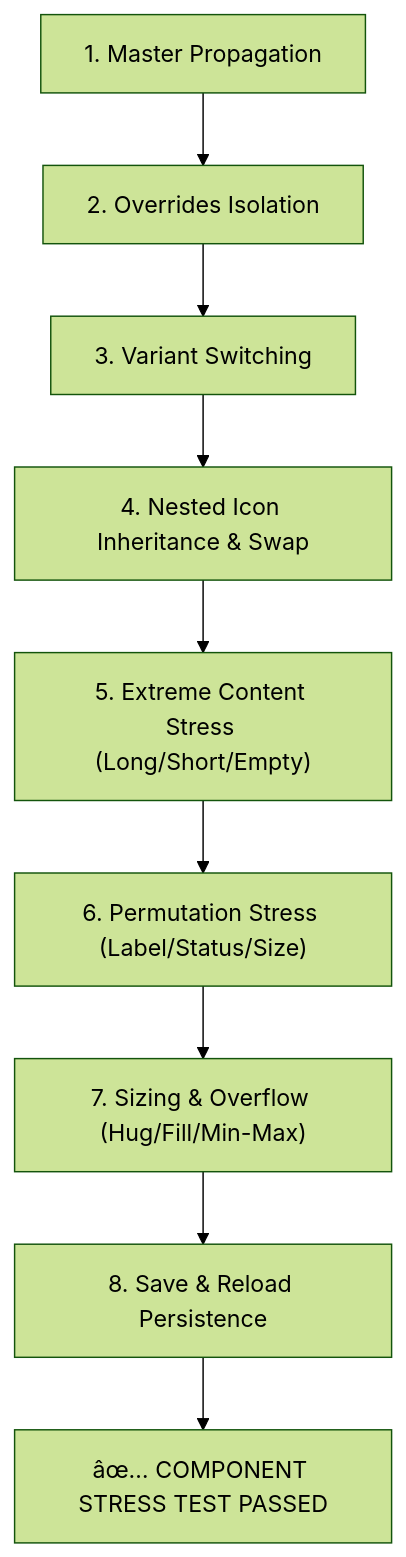
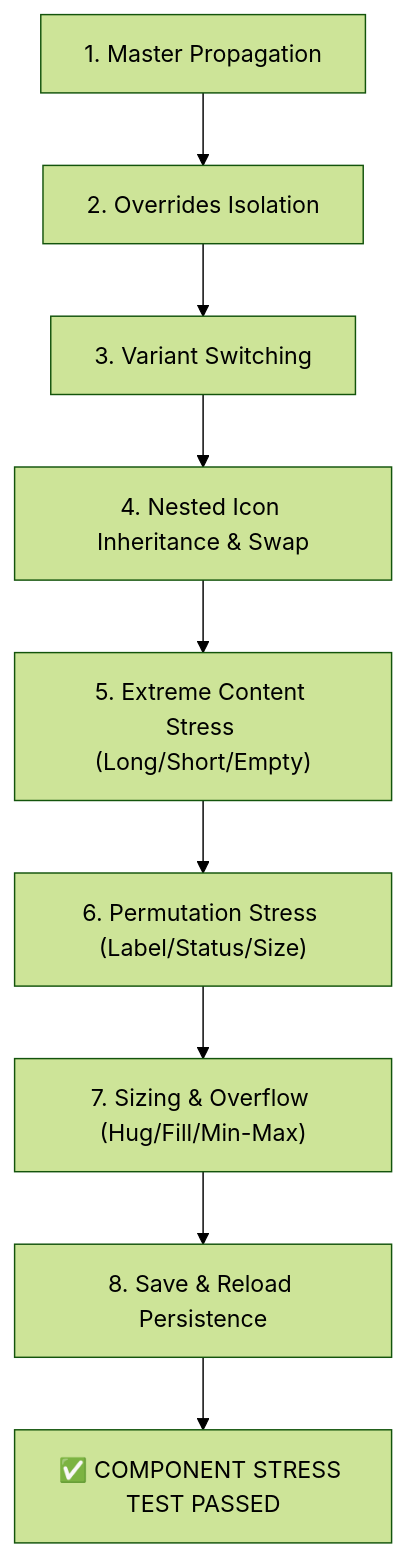
Before and after one commit to alfitocp27/design-orchestrator: the second of 2 diagrams in .agents/skills/design-orchestrator/references/component-architecture.md, drawn with Mermaid (forest theme). The commit also changed other lines of this file and 78 other files, not shown here.

````diff
--- a/.agents/skills/design-orchestrator/references/component-architecture.md
+++ b/.agents/skills/design-orchestrator/references/component-architecture.md
@@ -220,11 +220,11 @@
 ```mermaid
 flowchart TD
     ST1["1. Master Propagation"] --> ST2["2. Overrides Isolation"]
     ST2 --> ST3["3. Variant Switching"]
     ST3 --> ST4["4. Nested Icon Inheritance & Swap"]
     ST4 --> ST5["5. Extreme Content Stress (Long/Short/Empty)"]
     ST5 --> ST6["6. Permutation Stress (Label/Status/Size)"]
     ST6 --> ST7["7. Sizing & Overflow (Hug/Fill/Min-Max)"]
     ST7 --> ST8["8. Save & Reload Persistence"]
-    ST8 --> PASS["âœ… COMPONENT STRESS TEST PASSED"]
+    ST8 --> PASS["✅ COMPONENT STRESS TEST PASSED"]
 ```
````
